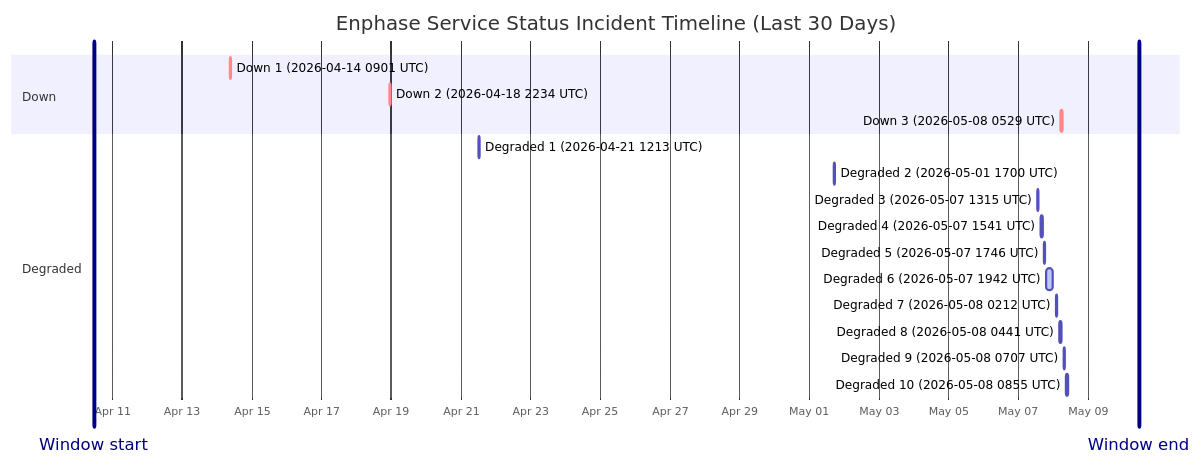
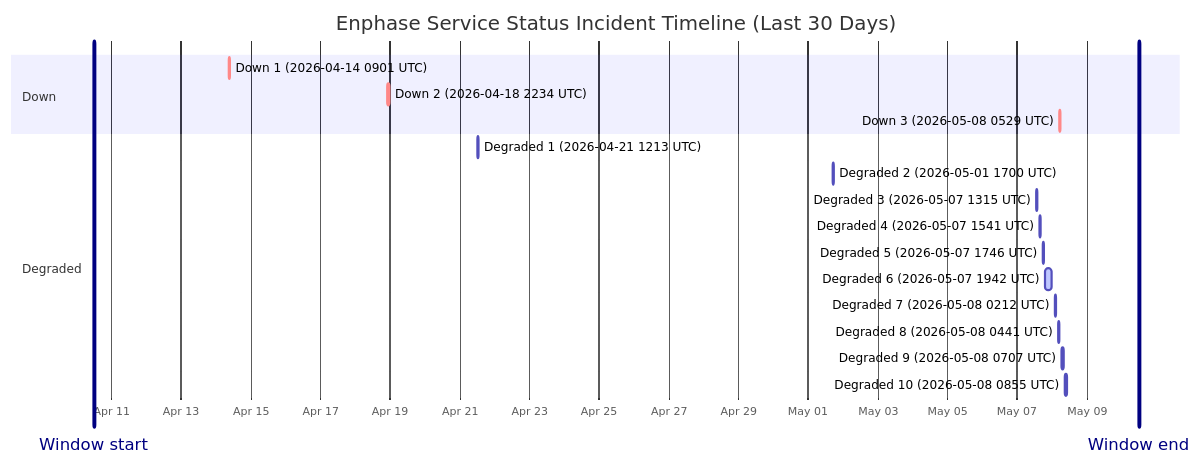
The diagram in wiki/Service-Status-History.md (barneyonline/ha-enphase-ev-charger), drawn with Mermaid before and after one commit. The commit also changed other lines of this file and 3 other files, not shown here.

````diff
--- a/wiki/Service-Status-History.md
+++ b/wiki/Service-Status-History.md
@@ -14,23 +14,23 @@
 ```mermaid
 gantt
     title Enphase Service Status Incident Timeline (Last 30 Days)
     dateFormat  YYYY-MM-DDTHH:mm:ss
     axisFormat  %b %d
-    Window start :vert, window-start, 2026-04-10T10:59:26, 0ms
-    Window end :vert, window-end, 2026-05-10T10:59:26, 0ms
+    Window start :vert, window-start, 2026-04-10T11:58:24, 0ms
+    Window end :vert, window-end, 2026-05-10T11:58:24, 0ms
     section Down
     Down 1 (2026-04-14 0901 UTC) :crit, down-1, 2026-04-14T09:01:13, 60m
     Down 2 (2026-04-18 2234 UTC) :crit, down-2, 2026-04-18T22:34:13, 60m
     Down 3 (2026-05-08 0529 UTC) :crit, down-3, 2026-05-08T05:29:47, 60m
     section Degraded
     Degraded 1 (2026-04-21 1213 UTC) :active, degraded-1, 2026-04-21T12:13:11, 60m
     Degraded 2 (2026-05-01 1700 UTC) :active, degraded-2, 2026-05-01T17:00:22, 60m
     Degraded 3 (2026-05-07 1315 UTC) :active, degraded-3, 2026-05-07T13:15:25, 60m
     Degraded 4 (2026-05-07 1541 UTC) :active, degraded-4, 2026-05-07T15:41:58, 60m
     Degraded 5 (2026-05-07 1746 UTC) :active, degraded-5, 2026-05-07T17:46:51, 60m
     Degraded 6 (2026-05-07 1942 UTC) :active, degraded-6, 2026-05-07T19:42:10, 249m
     Degraded 7 (2026-05-08 0212 UTC) :active, degraded-7, 2026-05-08T02:12:39, 60m
     Degraded 8 (2026-05-08 0441 UTC) :active, degraded-8, 2026-05-08T04:41:46, 60m
     Degraded 9 (2026-05-08 0707 UTC) :active, degraded-9, 2026-05-08T07:07:30, 60m
     Degraded 10 (2026-05-08 0855 UTC) :active, degraded-10, 2026-05-08T08:55:20, 88m
 ```
````
